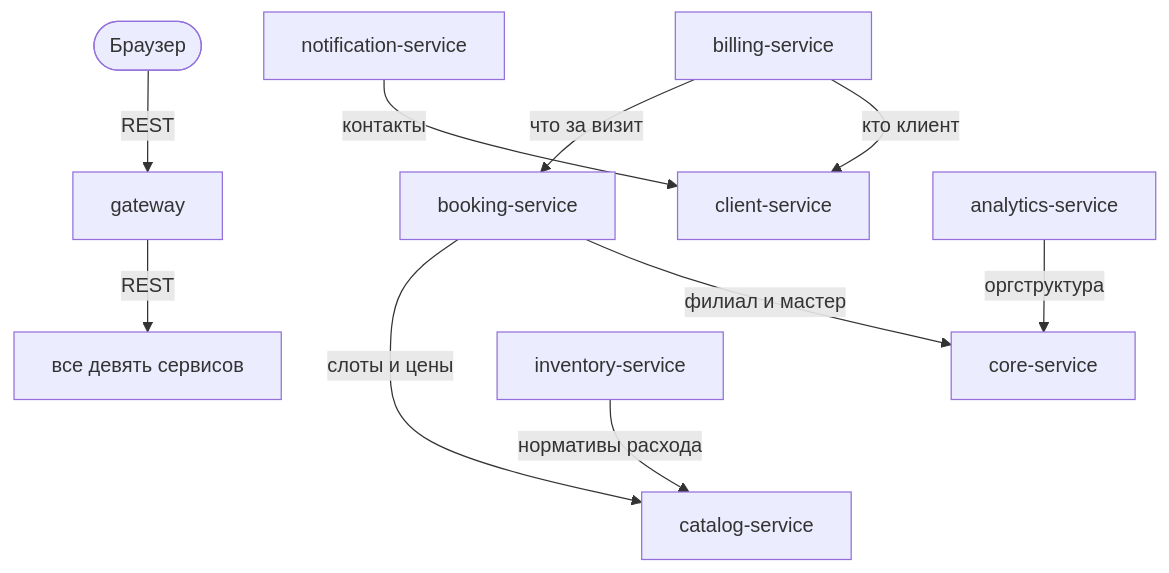
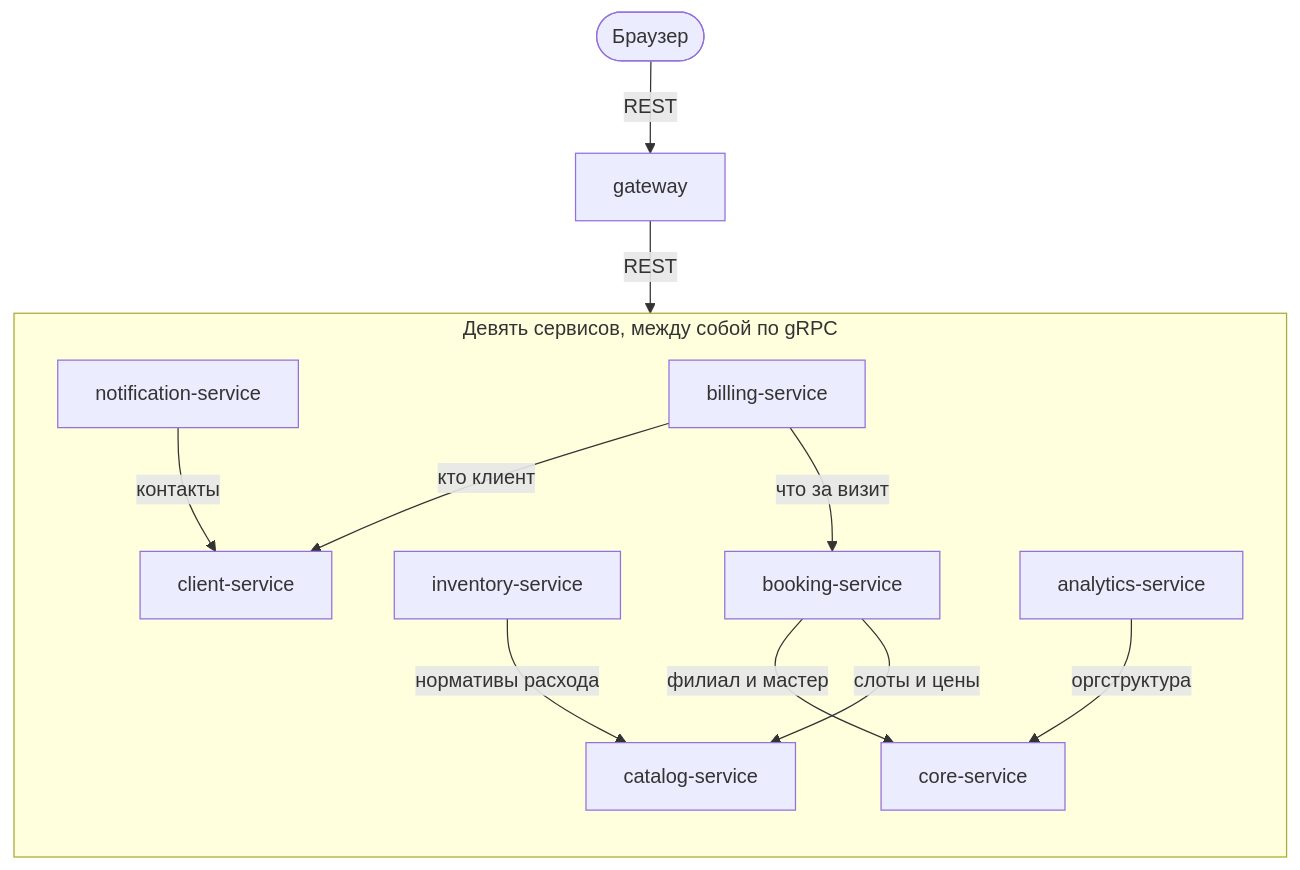
The first of 2 diagrams in profile/README.md (mireacrm/.github), drawn with Mermaid before and after one commit. The commit also changed other lines of this file, not shown here.

Commit message:
Диаграммы на общеупотребимом синтаксисе
Невидимая связь и курсив в подписях зависят от версии mermaid и настроек
рендера, а проверить их глазами на GitHub возможности нет.

````diff
--- a/profile/README.md
+++ b/profile/README.md
@@ -22,15 +22,16 @@
 ```mermaid
 flowchart TD
     U([Браузер]) -->|REST| GW[gateway]
-    GW -->|REST| ALL[все девять сервисов]
+    GW -->|REST| SVC
 
-    CORE[core-service] ~~~ CAT[catalog-service]
-
-    BOOK[booking-service] -->|слоты и цены| CAT
-    BOOK -->|филиал и мастер| CORE
-    INV[inventory-service] -->|нормативы расхода| CAT
-    NOTIF[notification-service] -->|контакты| CLI[client-service]
-    BILL[billing-service] -->|что за визит| BOOK
-    BILL -->|кто клиент| CLI
-    ANA[analytics-service] -->|оргструктура| CORE
+    subgraph SVC [Девять сервисов, между собой по gRPC]
+        direction TB
+        BOOK[booking-service] -->|слоты и цены| CAT[catalog-service]
+        BOOK -->|филиал и мастер| CORE[core-service]
+        INV[inventory-service] -->|нормативы расхода| CAT
+        NOTIF[notification-service] -->|контакты| CLI[client-service]
+        BILL[billing-service] -->|что за визит| BOOK
+        BILL -->|кто клиент| CLI
+        ANA[analytics-service] -->|оргструктура| CORE
+    end
 ```
````
